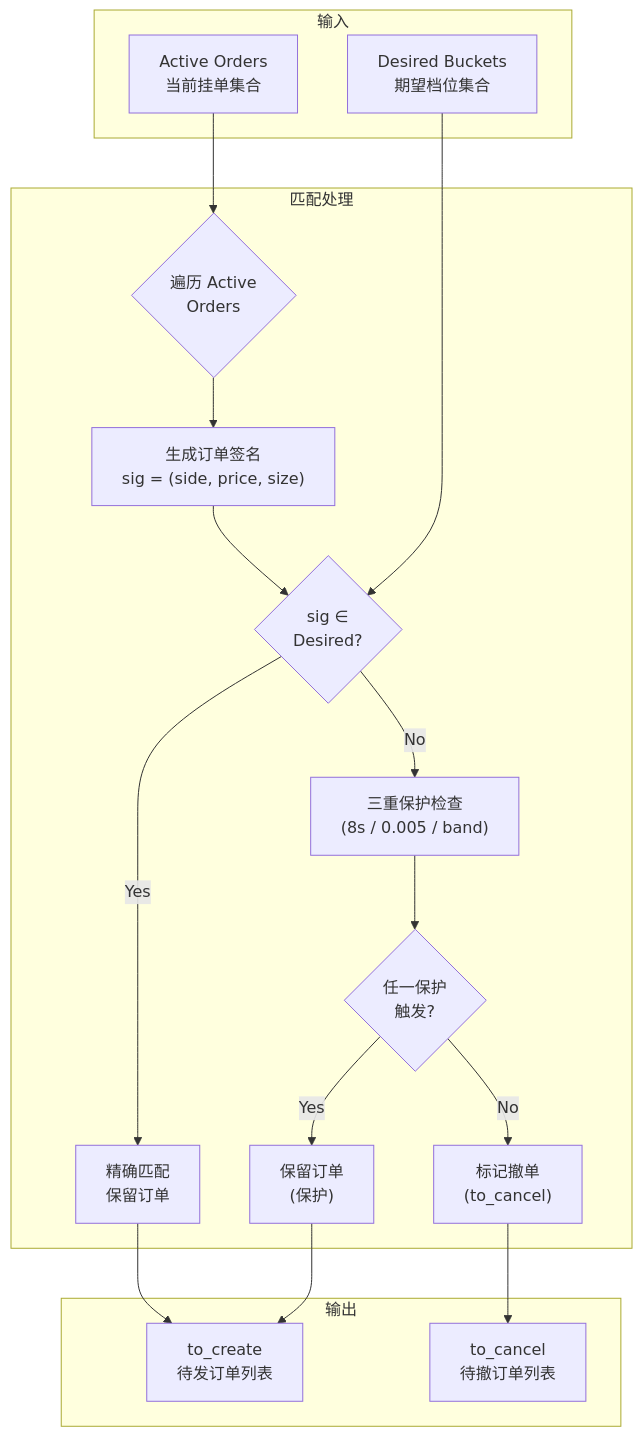
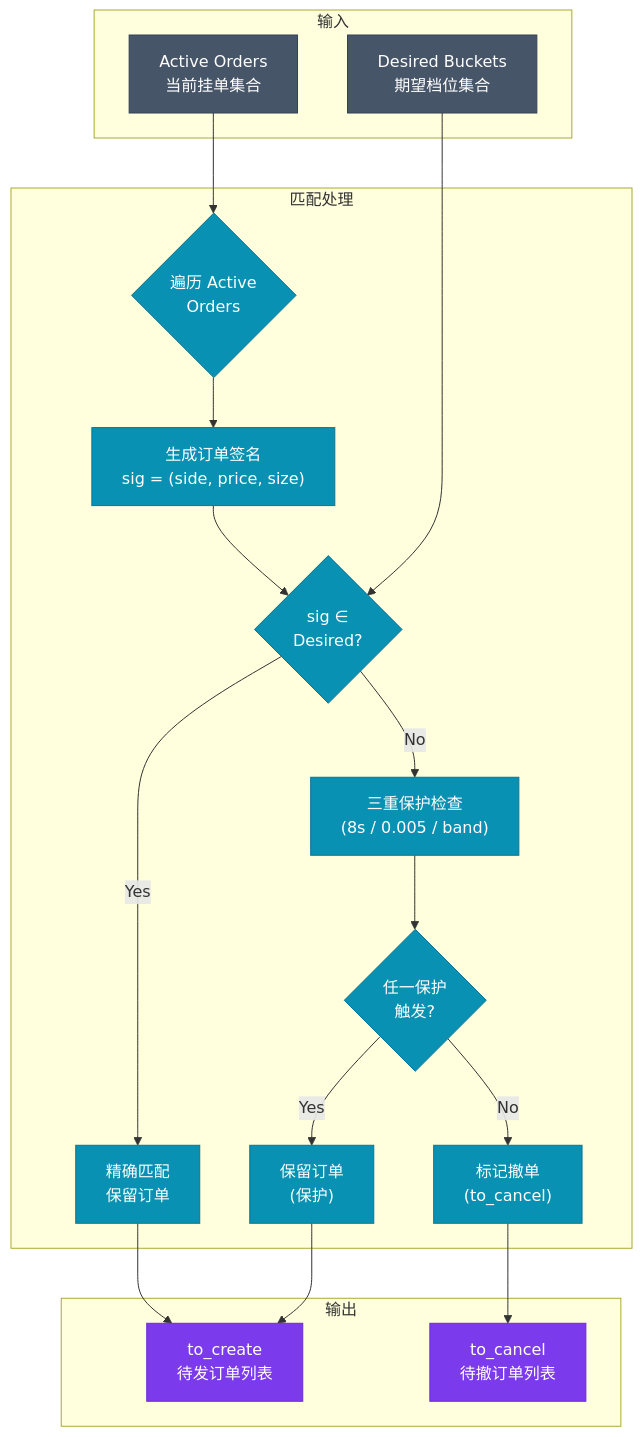
Before and after one commit to liu-kaining/PolyMatrixEngine: the third of 3 diagrams in spec/architecture_diagrams/05_differential_quoting.md, drawn with Mermaid. The commit also changed other lines of this file and 16 other files, not shown here.

Commit message:
architecture_diagrams

````diff
--- a/spec/architecture_diagrams/05_differential_quoting.md
+++ b/spec/architecture_diagrams/05_differential_quoting.md
@@ -107,36 +129,50 @@
 ```mermaid
+%%{init: {'theme': 'base', 'themeVariables': {
+  'primaryColor': '#1e3a5f',
+  'primaryTextColor': '#ffffff',
+  'primaryBorderColor': '#334155',
+  'lineColor': '#64748b'
+}}%%
 flowchart TB
     subgraph Input["输入"]
         A["Active Orders<br/>当前挂单集合"]
         B["Desired Buckets<br/>期望档位集合"]
     end
 
     subgraph Process["匹配处理"]
         C{"遍历 Active<br/>Orders"}
         D["生成订单签名<br/>sig = (side, price, size)"]
         E{"sig ∈<br/>Desired?"}
         F["精确匹配<br/>保留订单"]
         G["三重保护检查<br/>(8s / 0.005 / band)"]
         H{"任一保护<br/>触发?"}
         I["保留订单<br/>(保护)"]
         J["标记撤单<br/>(to_cancel)"]
     end
 
     subgraph Output["输出"]
         K["to_cancel<br/>待撤订单列表"]
         L["to_create<br/>待发订单列表"]
     end
 
     A --> C
     B --> E
     C --> D
     D --> E
     E -->|Yes| F
     E -->|No| G
     G --> H
     H -->|Yes| I
     H -->|No| J
     F --> L
     J --> K
     I --> L
+
+    classDef input fill:#475569,stroke:#334155,color:#fff
+    classDef process fill:#0891b2,stroke:#0e7490,color:#fff
+    classDef output fill:#7c3aed,stroke:#6d28d9,color:#fff
+
+    class A,B input
+    class C,D,E,F,G,H,I,J process
+    class K,L output
 ```
````
